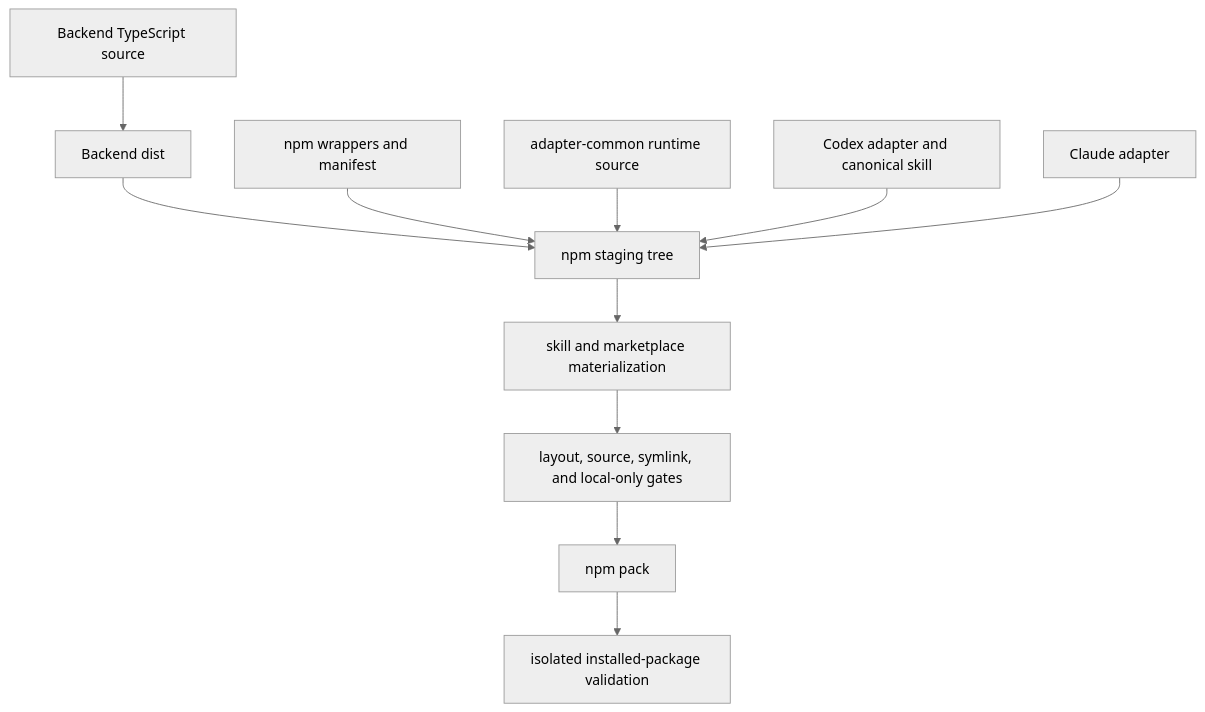
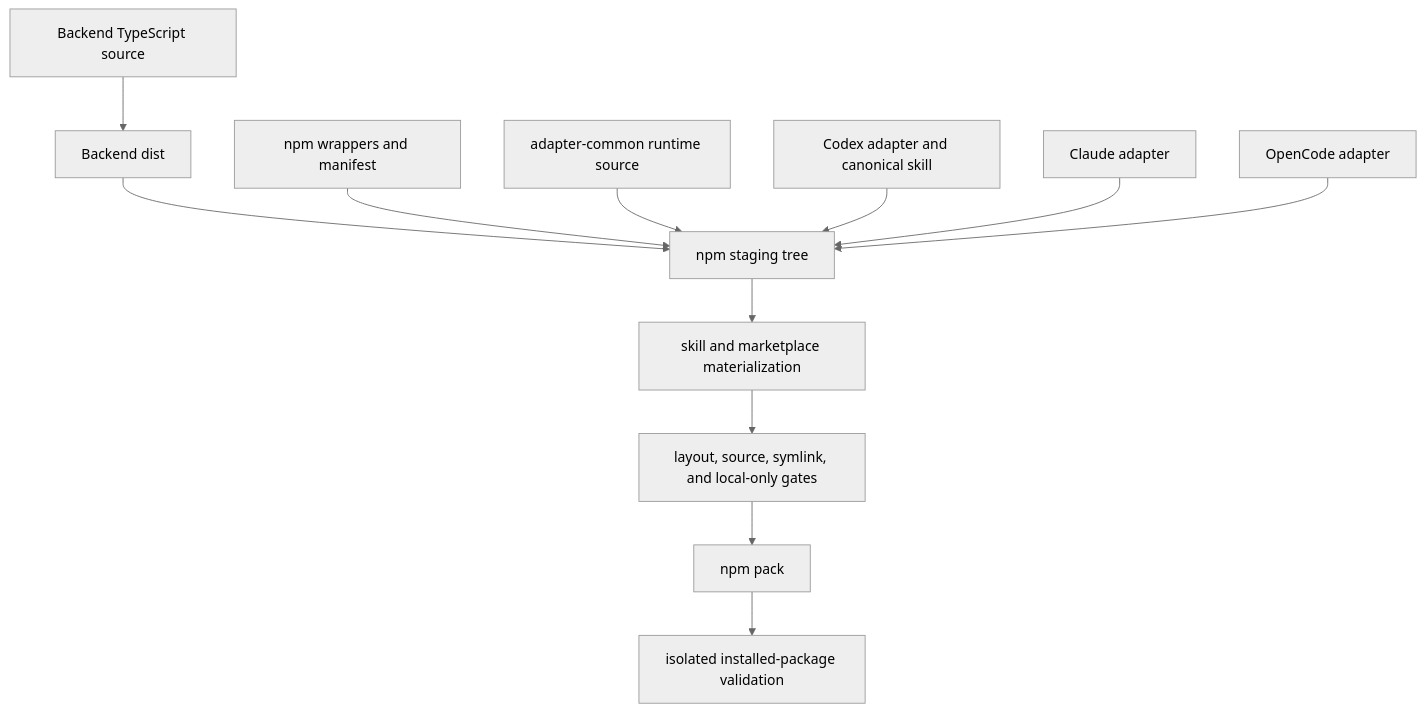
The sixth of 6 diagrams in ARCHITECTURE.md (LimFang/memorax-code), drawn with Mermaid (neutral theme) before and after one commit. The commit also changed other lines of this file and 15 other files, not shown here.

````diff
--- a/ARCHITECTURE.md
+++ b/ARCHITECTURE.md
@@ -523,25 +529,27 @@
 ```mermaid
 flowchart TD
   BackendSource["Backend TypeScript source"]
   BackendBuild["Backend dist"]
   NpmSource["npm wrappers and manifest"]
   CommonSource["adapter-common runtime source"]
   CodexSource["Codex adapter and canonical skill"]
   ClaudeSource["Claude adapter"]
+  OpenCodeSource["OpenCode adapter"]
   Stage["npm staging tree"]
   Materialize["skill and marketplace materialization"]
   Gates["layout, source, symlink, and local-only gates"]
   Pack["npm pack"]
   InstallTest["isolated installed-package validation"]
 
   BackendSource --> BackendBuild
   BackendBuild --> Stage
   NpmSource --> Stage
   CommonSource --> Stage
   CodexSource --> Stage
   ClaudeSource --> Stage
+  OpenCodeSource --> Stage
   Stage --> Materialize
   Materialize --> Gates
   Gates --> Pack
   Pack --> InstallTest
 ```
````
